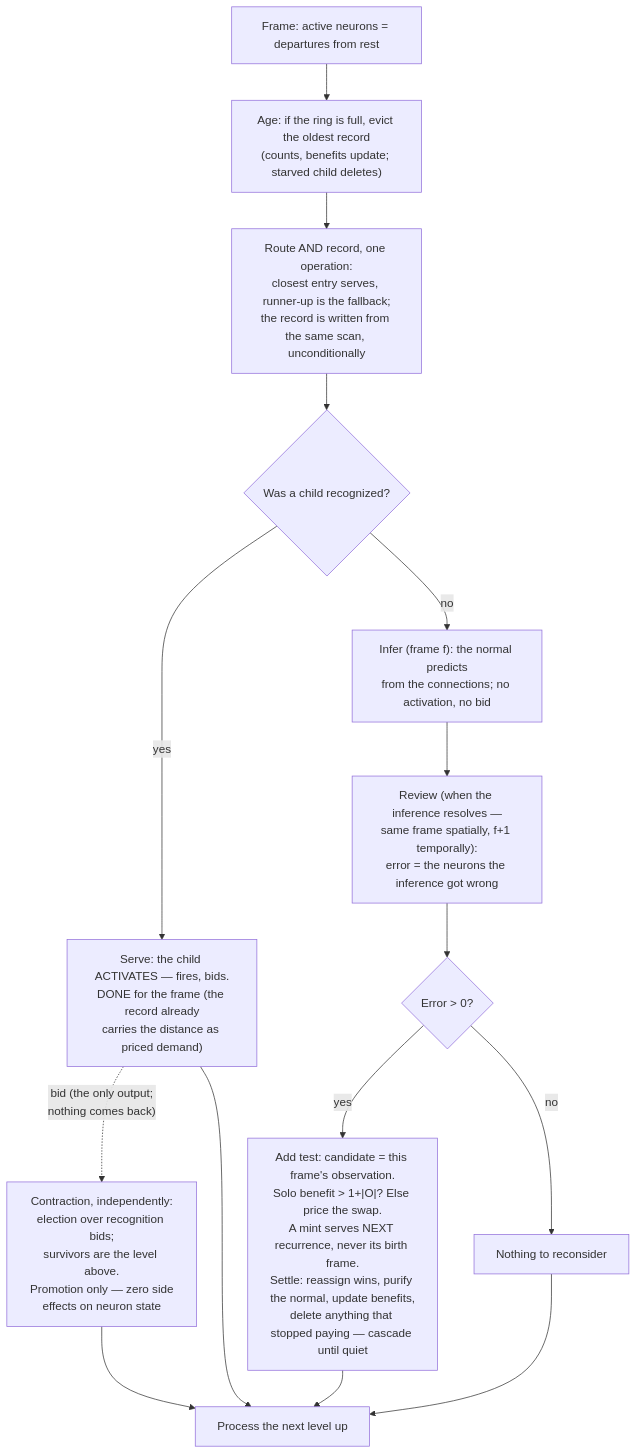
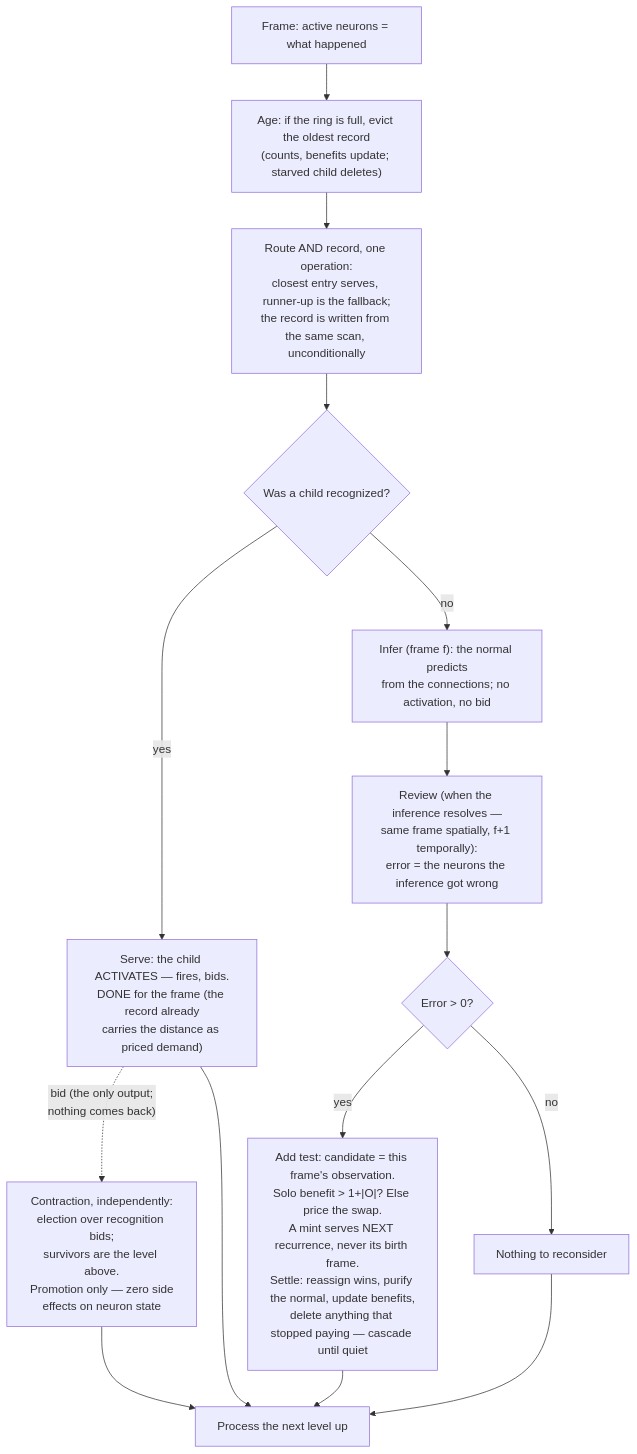
One commit to cucar/robot_brain changed the diagram in docs/algorithm.md. Above: the diagram before and after it, drawn with Mermaid. The commit also changed other lines of this file, not shown here.

````diff
--- a/docs/algorithm.md
+++ b/docs/algorithm.md
@@ -735,17 +763,17 @@
 ```mermaid
 flowchart TD
-    A["Frame: active neurons = departures from rest"] --> B["Age: if the ring is full, evict the oldest record<br/>(counts, benefits update; starved child deletes)"]
+    A["Frame: active neurons = what happened"] --> B["Age: if the ring is full, evict the oldest record<br/>(counts, benefits update; starved child deletes)"]
     B --> C["Route AND record, one operation:<br/>closest entry serves, runner-up is the fallback;<br/>the record is written from the same scan, unconditionally"]
     C --> D{"Was a child recognized?"}
     D -->|yes| E["Serve: the child ACTIVATES — fires, bids.<br/>DONE for the frame (the record already<br/>carries the distance as priced demand)"]
     E -.->|"bid (the only output;<br/>nothing comes back)"| X["Contraction, independently:<br/>election over recognition bids;<br/>survivors are the level above.<br/>Promotion only — zero side<br/>effects on neuron state"]
     D -->|no| F["Infer (frame f): the normal predicts<br/>from the connections; no activation, no bid"]
     F --> K["Review (when the inference resolves —<br/>same frame spatially, f+1 temporally):<br/>error = the neurons the inference got wrong"]
     K --> L{"Error > 0?"}
     L -->|yes| M["Add test: candidate = this frame's observation.<br/>Solo benefit > 1+|O|? Else price the swap.<br/>A mint serves NEXT recurrence, never its birth frame.<br/>Settle: reassign wins, purify the normal, update benefits,<br/>delete anything that stopped paying — cascade until quiet"]
     L -->|no| N["Nothing to reconsider"]
     E --> O["Process the next level up"]
     M --> O
     N --> O
     X --> O
 ```
````
